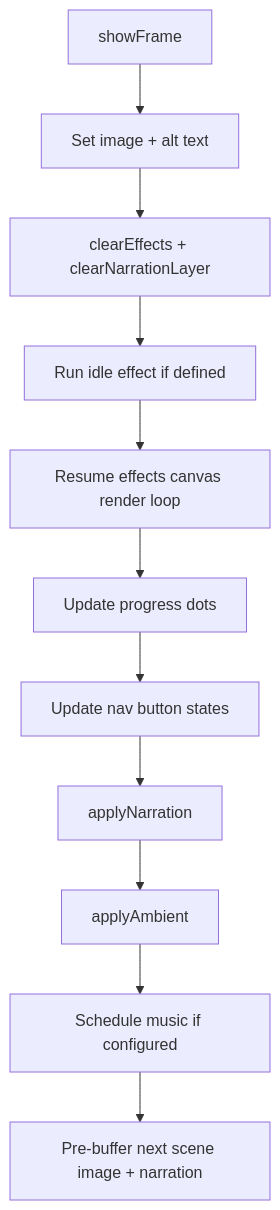
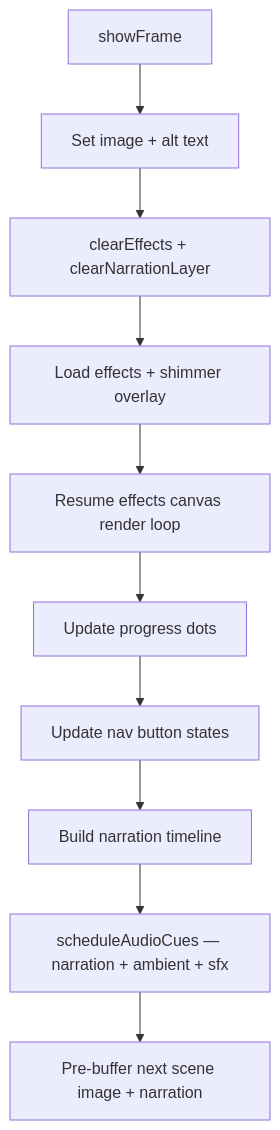
One commit to anchildress1/carbon-trace changed the third of 4 diagrams in docs/architecture.md. Above: the diagram before and after it, drawn with Mermaid. The commit also changed other lines of this file and 106 other files, not shown here.

````diff
--- a/docs/architecture.md
+++ b/docs/architecture.md
@@ -49,13 +50,12 @@
 ```mermaid
 flowchart TD
     A[showFrame] --> C[Set image + alt text]
     C --> D[clearEffects + clearNarrationLayer]
-    D --> E[Run idle effect if defined]
+    D --> E[Load effects + shimmer overlay]
     E --> E2[Resume effects canvas render loop]
     E2 --> F[Update progress dots]
     F --> G[Update nav button states]
-    G --> H[applyNarration]
-    H --> I[applyAmbient]
-    I --> J[Schedule music if configured]
-    J --> L[Pre-buffer next scene image + narration]
+    G --> H[Build narration timeline]
+    H --> I[scheduleAudioCues — narration + ambient + sfx]
+    I --> L[Pre-buffer next scene image + narration]
 ```
````
